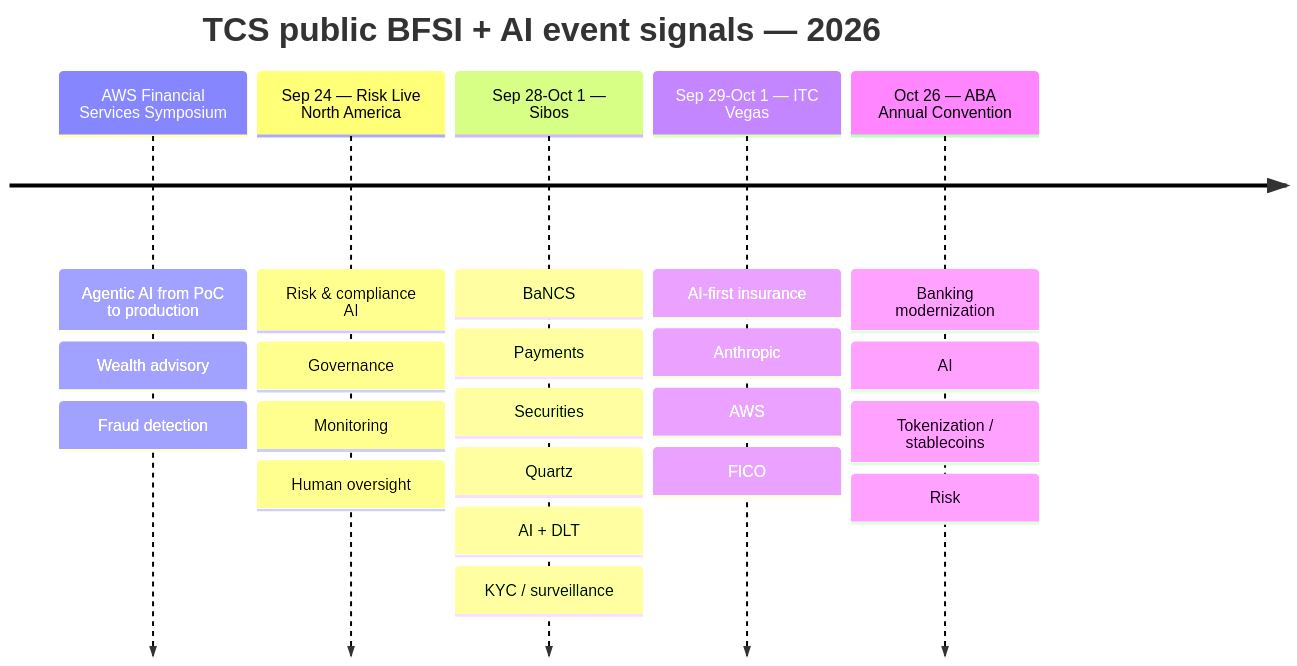
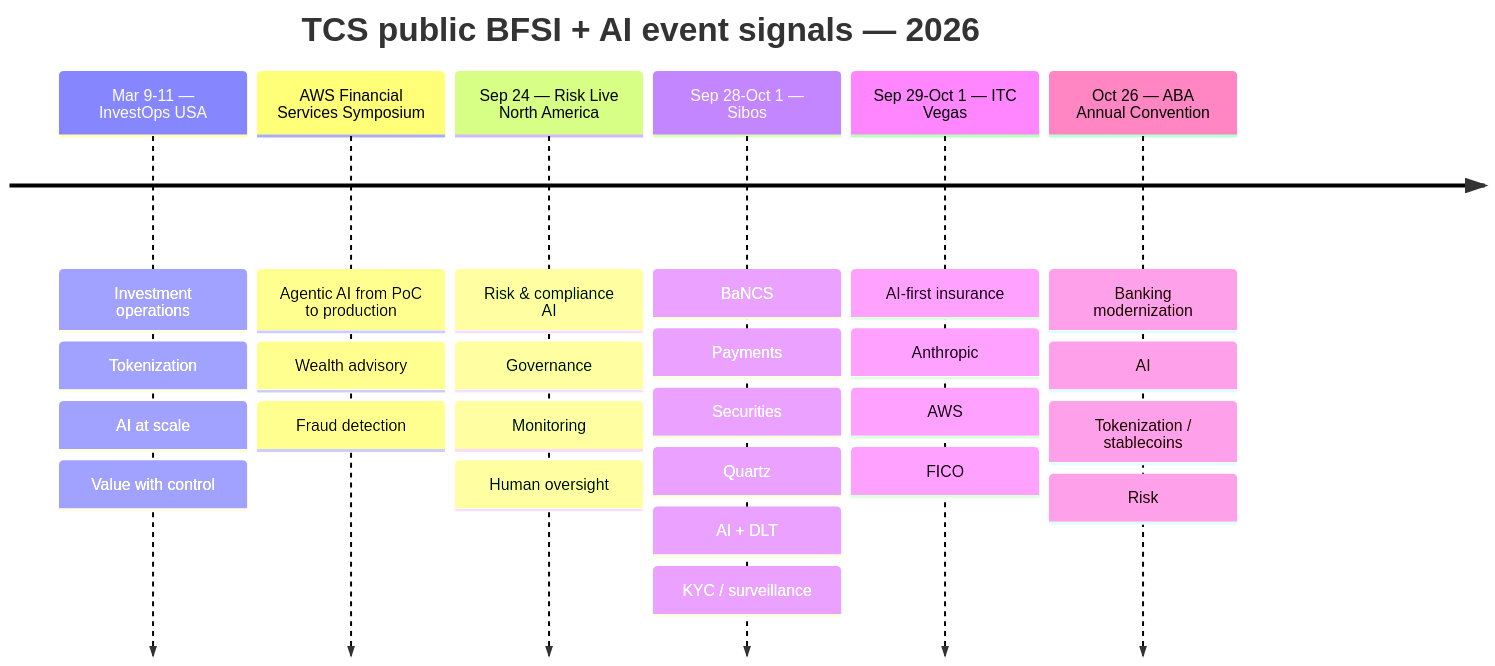
Before and after one commit to Akilankm/second-brain: the first of 5 diagrams in events/public-event-watch.md, drawn with Mermaid. The commit also changed other lines of this file, not shown here.

Commit message:
Add InvestOps capital-markets AI event evidence

````diff
--- a/events/public-event-watch.md
+++ b/events/public-event-watch.md
@@ -14,9 +14,10 @@
 ```mermaid
 timeline
   title TCS public BFSI + AI event signals — 2026
+  Mar 9-11 — InvestOps USA : Investment operations : Tokenization : AI at scale : Value with control
   AWS Financial Services Symposium : Agentic AI from PoC to production : Wealth advisory : Fraud detection
   Sep 24 — Risk Live North America : Risk & compliance AI : Governance : Monitoring : Human oversight
   Sep 28-Oct 1 — Sibos : BaNCS : Payments : Securities : Quartz : AI + DLT : KYC / surveillance
   Sep 29-Oct 1 — ITC Vegas : AI-first insurance : Anthropic : AWS : FICO
   Oct 26 — ABA Annual Convention : Banking modernization : AI : Tokenization / stablecoins : Risk
 ```
````
